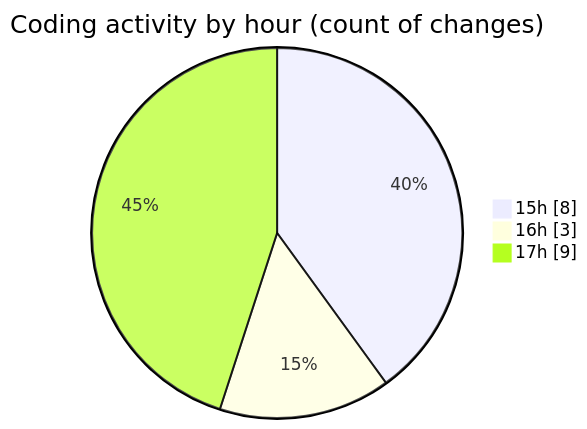
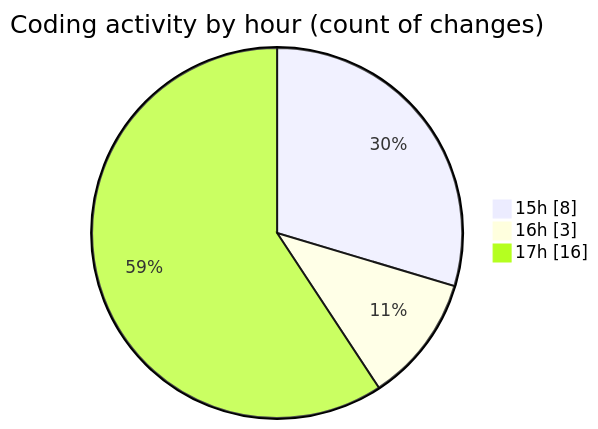
One commit to nxtqubesakshisongat/code-tracking changed the second of 2 diagrams in 2025-09-03/nxtqube_webapp/README.md. Above: the diagram before and after it, drawn with Mermaid. The commit also changed other lines of this file and 1 other file, not shown here.

````diff
--- a/2025-09-03/nxtqube_webapp/README.md
+++ b/2025-09-03/nxtqube_webapp/README.md
@@ -28,7 +28,7 @@
 ```mermaid
 pie showData
 title Coding activity by hour (count of changes)
 "15h" : 8
 "16h" : 3
-"17h" : 9
+"17h" : 16
 ```
````
